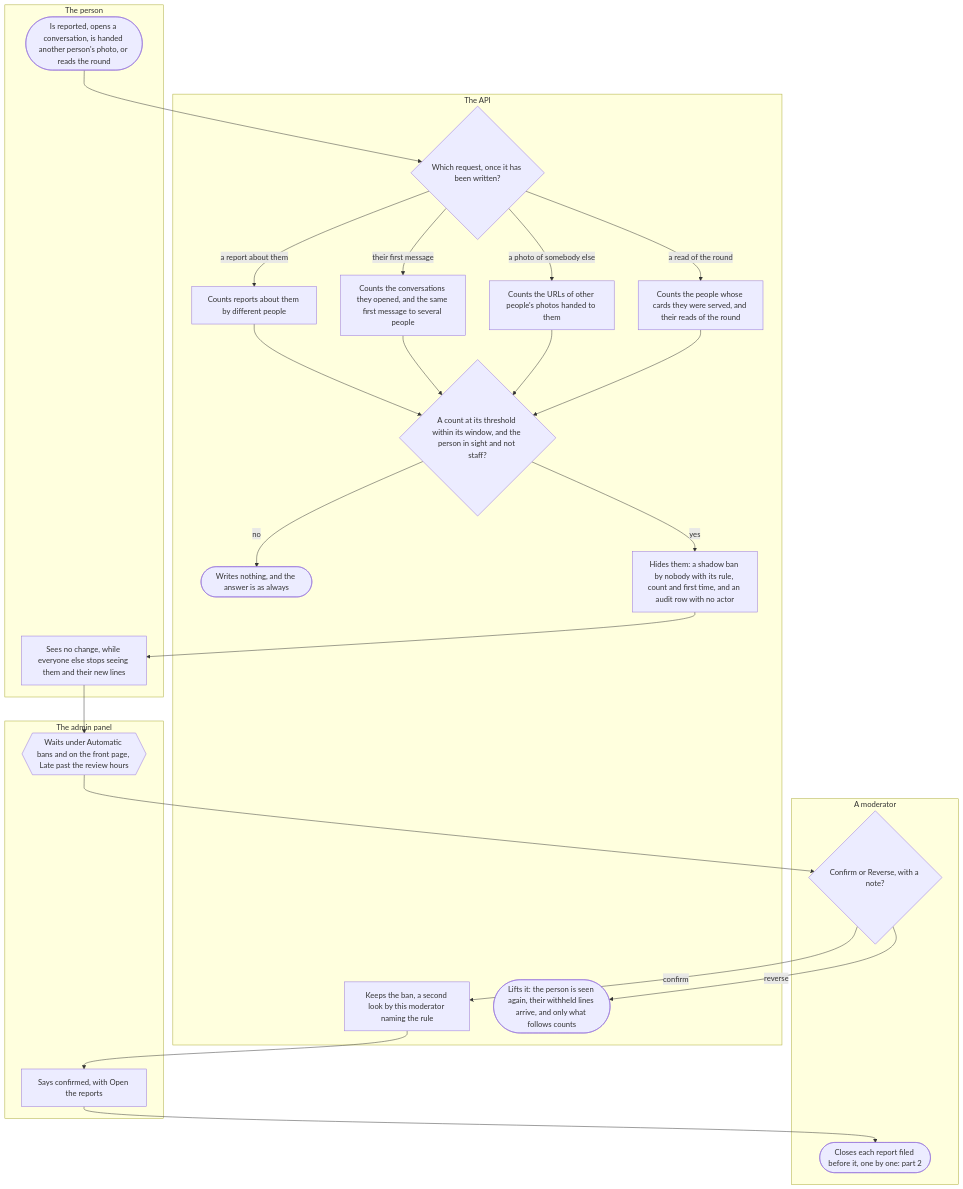
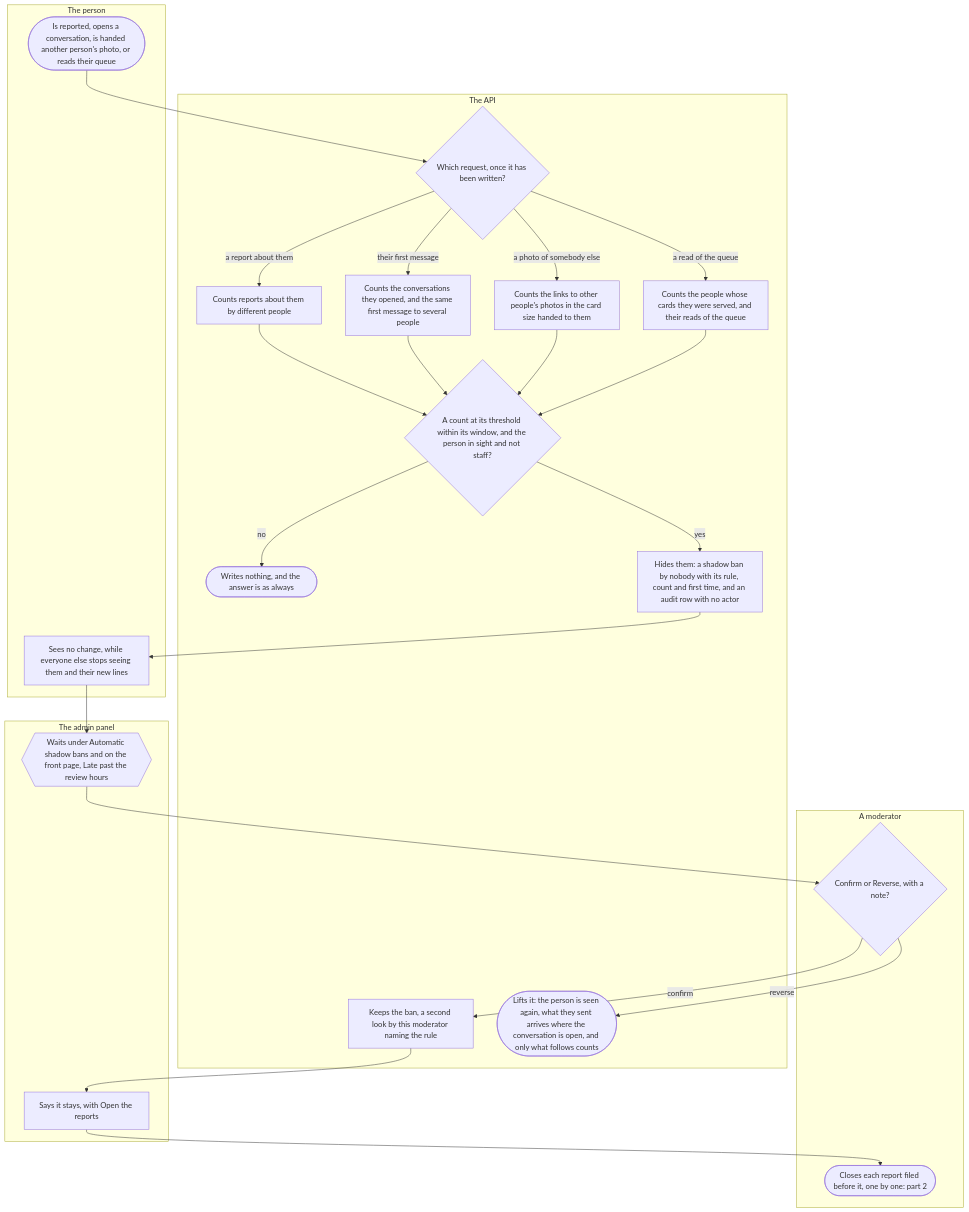
The fourth of 5 diagrams in docs/flows/moderation.md (kuutti-ry/kuutti-app), drawn with Mermaid before and after one commit. The commit also changed other lines of this file and 41 other files, not shown here.

First line of the commit message:
Redraw the user flows against today's main, held by check:docs

````diff
--- a/docs/flows/moderation.md
+++ b/docs/flows/moderation.md
@@ -244,47 +269,47 @@
 ```mermaid
 flowchart TB
-  accTitle: Moderation, part 4, automatic shadow bans
-  accDescr: Six rules count reports about a person, the first messages they send, the photos of other people they are handed, and the cards and reads of the round served to them. When a count reaches its threshold within its window, the API hides the person at once with a shadow ban by nobody, and the person sees no change. The ban waits on the moderators' list until a moderator confirms or reverses it, and a confirmed one may close the reports filed before it.
+  accTitle: Moderation, part 4: automatic shadow bans
+  accDescr: Six rules count reports about a person, the first messages they send, the links to other people's photos they are handed, and the cards and reads of the queue served to them. When a count reaches its threshold within its window, the API hides the person at once with a shadow ban by nobody, and the person sees no change. The ban waits on the moderators' list until a moderator confirms or reverses it, and a confirmed one may close the reports filed before it.
   subgraph person["The person"]
-    s59(["Is reported, opens a conversation, is handed another person's photo, or reads the round"])
-    s68["Sees no change, while everyone else stops seeing them and their new lines"]
+    s60(["Is reported, opens a conversation, is handed another person's photo, or reads their queue"])
+    s69["Sees no change, while everyone else stops seeing them and their new lines"]
   end
   subgraph api["The API"]
-    s60{"Which request, once it has been written?"}
-    s61["Counts reports about them by different people"]
-    s62["Counts the conversations they opened, and the same first message to several people"]
-    s63["Counts the URLs of other people's photos handed to them"]
-    s64["Counts the people whose cards they were served, and their reads of the round"]
-    s65{"A count at its threshold within its window, and the person in sight and not staff?"}
-    s66(["Writes nothing, and the answer is as always"])
-    s67["Hides them: a shadow ban by nobody with its rule, count and first time, and an audit row with no actor"]
-    s71["Keeps the ban, a second look by this moderator naming the rule"]
-    s74(["Lifts it: the person is seen again, their withheld lines arrive, and only what follows counts"])
+    s61{"Which request, once it has been written?"}
+    s62["Counts reports about them by different people"]
+    s63["Counts the conversations they opened, and the same first message to several people"]
+    s64["Counts the links to other people's photos in the card size handed to them"]
+    s65["Counts the people whose cards they were served, and their reads of the queue"]
+    s66{"A count at its threshold within its window, and the person in sight and not staff?"}
+    s67(["Writes nothing, and the answer is as always"])
+    s68["Hides them: a shadow ban by nobody with its rule, count and first time, and an audit row with no actor"]
+    s72["Keeps the ban, a second look by this moderator naming the rule"]
+    s75(["Lifts it: the person is seen again, what they sent arrives where the conversation is open, and only what follows counts"])
   end
   subgraph moderator["A moderator"]
-    s70{"Confirm or Reverse, with a note?"}
-    s73(["Closes each report filed before it, one by one: part 2"])
+    s71{"Confirm or Reverse, with a note?"}
+    s74(["Closes each report filed before it, one by one: part 2"])
   end
   subgraph admin["The admin panel"]
-    s69{{"Waits under Automatic bans and on the front page, Late past the review hours"}}
-    s72["Says confirmed, with Open the reports"]
+    s70{{"Waits under Automatic shadow bans and on the front page, Late past the review hours"}}
+    s73["Says it stays, with Open the reports"]
   end
-  s59 --> s60
-  s60 -->|"a report about them"| s61
-  s60 -->|"their first message"| s62
-  s60 -->|"a photo of somebody else"| s63
-  s60 -->|"a read of the round"| s64
-  s61 --> s65
-  s62 --> s65
-  s63 --> s65
-  s64 --> s65
-  s65 -->|"no"| s66
-  s65 -->|"yes"| s67
-  s67 --> s68
+  s60 --> s61
+  s61 -->|"a report about them"| s62
+  s61 -->|"their first message"| s63
+  s61 -->|"a photo of somebody else"| s64
+  s61 -->|"a read of the queue"| s65
+  s62 --> s66
+  s63 --> s66
+  s64 --> s66
+  s65 --> s66
+  s66 -->|"no"| s67
+  s66 -->|"yes"| s68
   s68 --> s69
   s69 --> s70
-  s70 -->|"confirm"| s71
-  s70 -->|"reverse"| s74
-  s71 --> s72
+  s70 --> s71
+  s71 -->|"confirm"| s72
+  s71 -->|"reverse"| s75
   s72 --> s73
+  s73 --> s74
 ```
````
